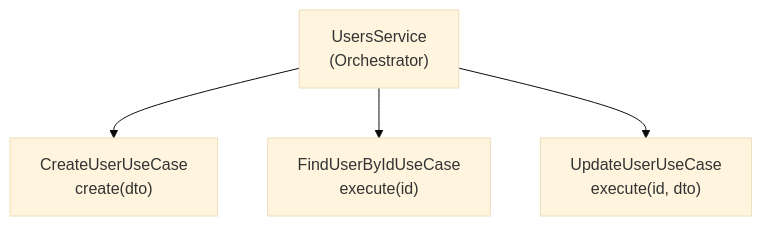
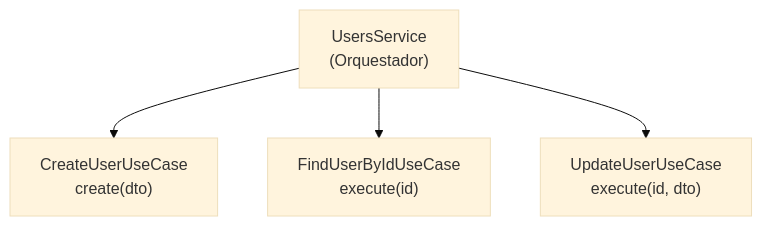
The fourth of 6 diagrams in docs-post-message/docs/backend/architecture/layers.md (Byroncl/laboratory-reviews), drawn with Mermaid (base theme) before and after one commit. The commit also changed other lines of this file and 17 other files, not shown here.

Commit message:
refactor: implement clean architecture patterns with domains, repositories, use cases, constants, and comprehensive tests

````diff
--- a/docs-post-message/docs/backend/architecture/layers.md
+++ b/docs-post-message/docs/backend/architecture/layers.md
@@ -196,11 +196,11 @@
 ```mermaid
 graph TB
-    Service["UsersService<br/>(Orchestrator)"]
+    Service["UsersService<br/>(Orquestador)"]
     CreateUC["CreateUserUseCase<br/>create(dto)"]
     FindUC["FindUserByIdUseCase<br/>execute(id)"]
     UpdateUC["UpdateUserUseCase<br/>execute(id, dto)"]
     
     Service --> CreateUC
     Service --> FindUC
     Service --> UpdateUC
 ```
````
